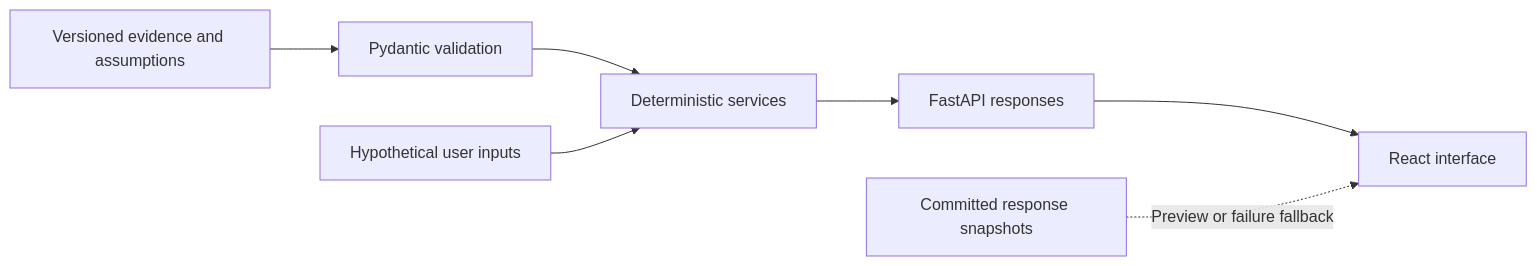
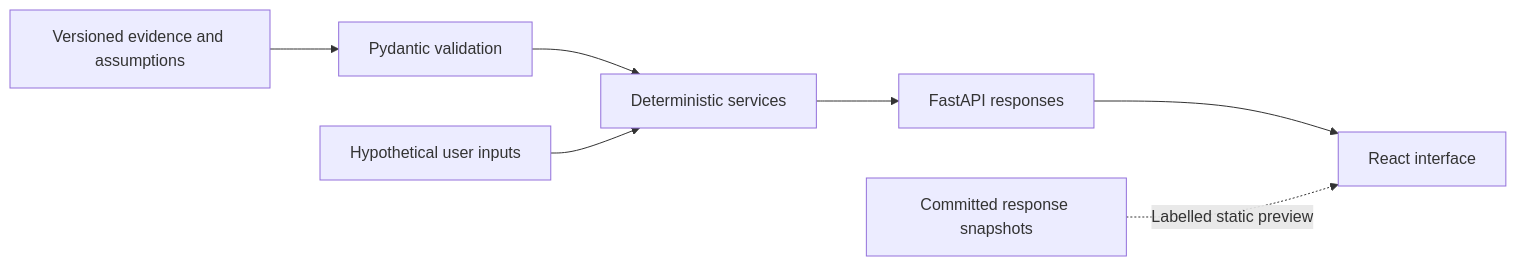
Before and after one commit to Slave-of-Skynet/gigafood: the diagram in docs/portfolio.md, drawn with Mermaid. The commit also changed other lines of this file and 8 other files, not shown here.

````diff
--- a/docs/portfolio.md
+++ b/docs/portfolio.md
@@ -26,9 +26,9 @@
 ```mermaid
 flowchart LR
     Evidence[Versioned evidence and assumptions] --> Contracts[Pydantic validation]
     Contracts --> Services[Deterministic services]
     Inputs[Hypothetical user inputs] --> Services
     Services --> API[FastAPI responses]
     API --> UI[React interface]
-    Saved[Committed response snapshots] -.->|Preview or failure fallback| UI
+    Saved[Committed response snapshots] -.->|Labelled static preview| UI
 ```
````
